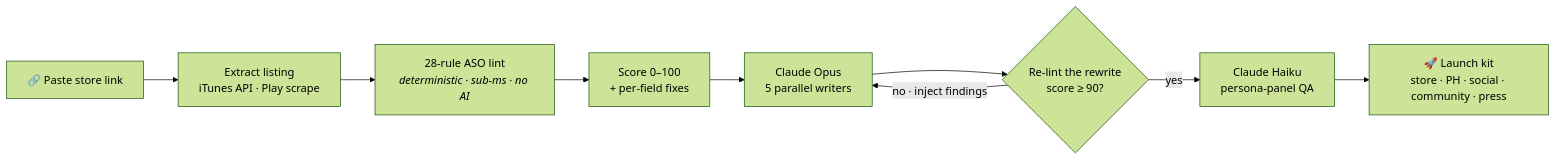
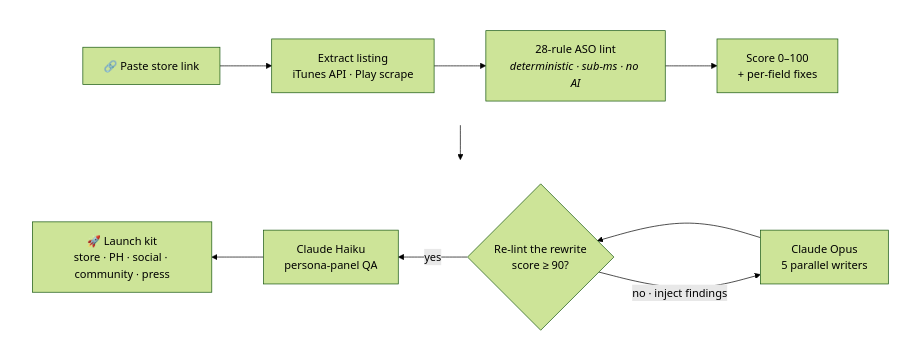
The diagram in README.md (edycutjong/launchcopilot), drawn with Mermaid (forest theme) before and after one commit. The commit also changed other lines of this file, not shown here.

First line of the commit message:
docs(readme): wrap architecture diagram into a serpentine (snake) layout + add License section

````diff
--- a/README.md
+++ b/README.md
@@ -56,11 +70,16 @@
 ```mermaid
-flowchart LR
-  A["🔗 Paste store link"] --> B["Extract listing<br/>iTunes API · Play scrape"]
-  B --> C["28-rule ASO lint<br/><i>deterministic · sub-ms · no AI</i>"]
-  C --> D["Score 0–100<br/>+ per-field fixes"]
-  D --> E["Claude Opus<br/>5 parallel writers"]
-  E --> F{"Re-lint the rewrite<br/>score ≥ 90?"}
-  F -- "no · inject findings" --> E
-  F -- "yes" --> G["Claude Haiku<br/>persona-panel QA"]
-  G --> H["🚀 Launch kit<br/>store · PH · social · community · press"]
+flowchart TB
+  subgraph r1[" "]
+    direction LR
+    A["🔗 Paste store link"] --> B["Extract listing<br/>iTunes API · Play scrape"] --> C["28-rule ASO lint<br/><i>deterministic · sub-ms · no AI</i>"] --> D["Score 0–100<br/>+ per-field fixes"]
+  end
+  subgraph r2[" "]
+    direction RL
+    E["Claude Opus<br/>5 parallel writers"] --> F{"Re-lint the rewrite<br/>score ≥ 90?"}
+    F -- "yes" --> G["Claude Haiku<br/>persona-panel QA"] --> H["🚀 Launch kit<br/>store · PH · social · community · press"]
+    F -- "no · inject findings" --> E
+  end
+  D --> E
+  style r1 fill:none,stroke:none
+  style r2 fill:none,stroke:none
 ```
````
